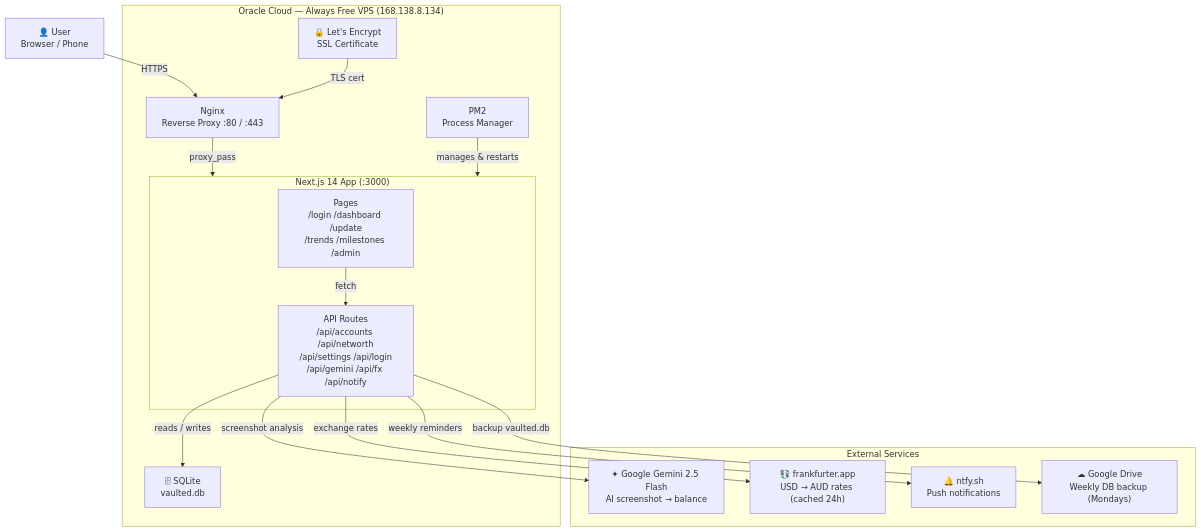
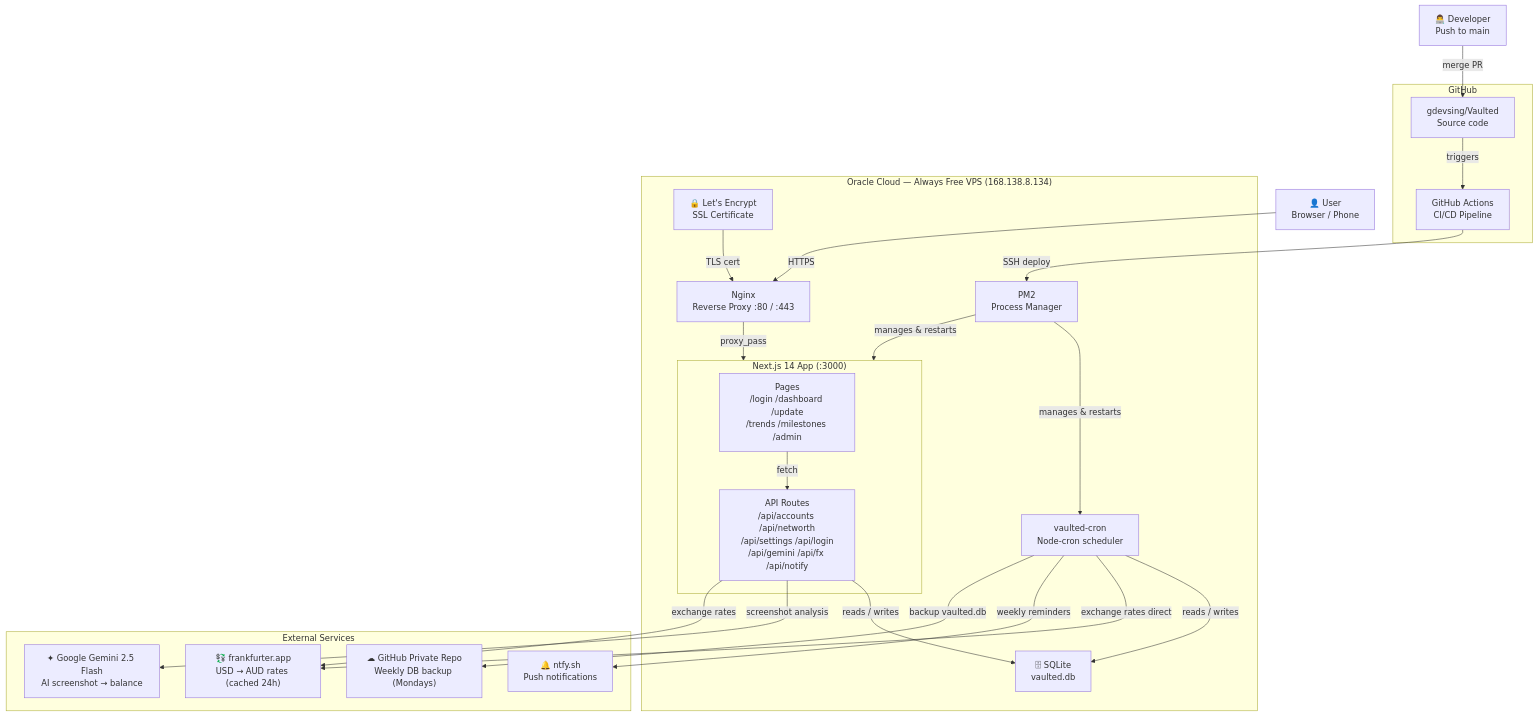
The diagram in ARCHITECTURE.md (gdevsing/Vaulted), drawn with Mermaid before and after one commit. The commit also changed other lines of this file and 2 other files, not shown here.

First line of the commit message:
docs: update ARCHITECTURE, DEPLOY and CLAUDE.md

````diff
--- a/ARCHITECTURE.md
+++ b/ARCHITECTURE.md
@@ -5,35 +5,49 @@
 ```mermaid
 graph TD
     User["👤 User\nBrowser / Phone"]
+    Dev["👨‍💻 Developer\nPush to main"]
+
+    subgraph GitHub["GitHub"]
+        Repo["gdevsing/Vaulted\nSource code"]
+        Actions["GitHub Actions\nCI/CD Pipeline"]
+    end
 
     subgraph Oracle["Oracle Cloud — Always Free VPS (168.138.8.134)"]
         LE["🔒 Let's Encrypt\nSSL Certificate"]
         Nginx["Nginx\nReverse Proxy :80 / :443"]
         PM2["PM2\nProcess Manager"]
 
         subgraph App["Next.js 14 App (:3000)"]
             Pages["Pages\n/login /dashboard /update\n/trends /milestones /admin"]
             API["API Routes\n/api/accounts /api/networth\n/api/settings /api/login\n/api/gemini /api/fx /api/notify"]
         end
 
+        Cron["vaulted-cron\nNode-cron scheduler"]
         SQLite["🗄 SQLite\nvaulted.db"]
     end
 
     subgraph External["External Services"]
         Gemini["✦ Google Gemini 2.5 Flash\nAI screenshot → balance"]
         FX["💱 frankfurter.app\nUSD → AUD rates (cached 24h)"]
         Ntfy["🔔 ntfy.sh\nPush notifications"]
-        Drive["☁ Google Drive\nWeekly DB backup (Mondays)"]
+        GHBackup["☁ GitHub Private Repo\nWeekly DB backup (Mondays)"]
     end
+
+    Dev -->|"merge PR"| Repo
+    Repo -->|"triggers"| Actions
+    Actions -->|"SSH deploy"| PM2
 
     User -->|"HTTPS"| Nginx
     LE -->|"TLS cert"| Nginx
     Nginx -->|"proxy_pass"| App
     PM2 -->|"manages & restarts"| App
+    PM2 -->|"manages & restarts"| Cron
     Pages -->|"fetch"| API
     API -->|"reads / writes"| SQLite
+    Cron -->|"reads / writes"| SQLite
     API -->|"screenshot analysis"| Gemini
+    Cron -->|"exchange rates direct"| FX
     API -->|"exchange rates"| FX
-    API -->|"weekly reminders"| Ntfy
-    API -->|"backup vaulted.db"| Drive
+    Cron -->|"weekly reminders"| Ntfy
+    Cron -->|"backup vaulted.db"| GHBackup
 ```
````
